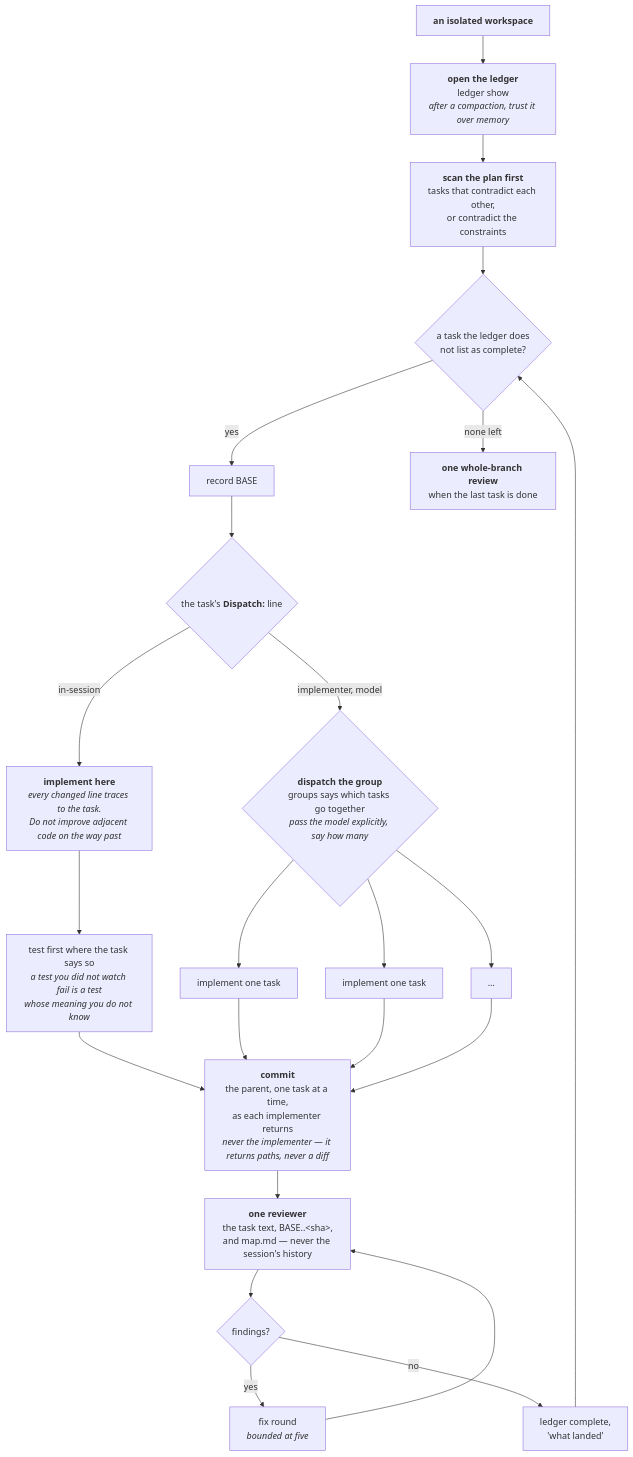
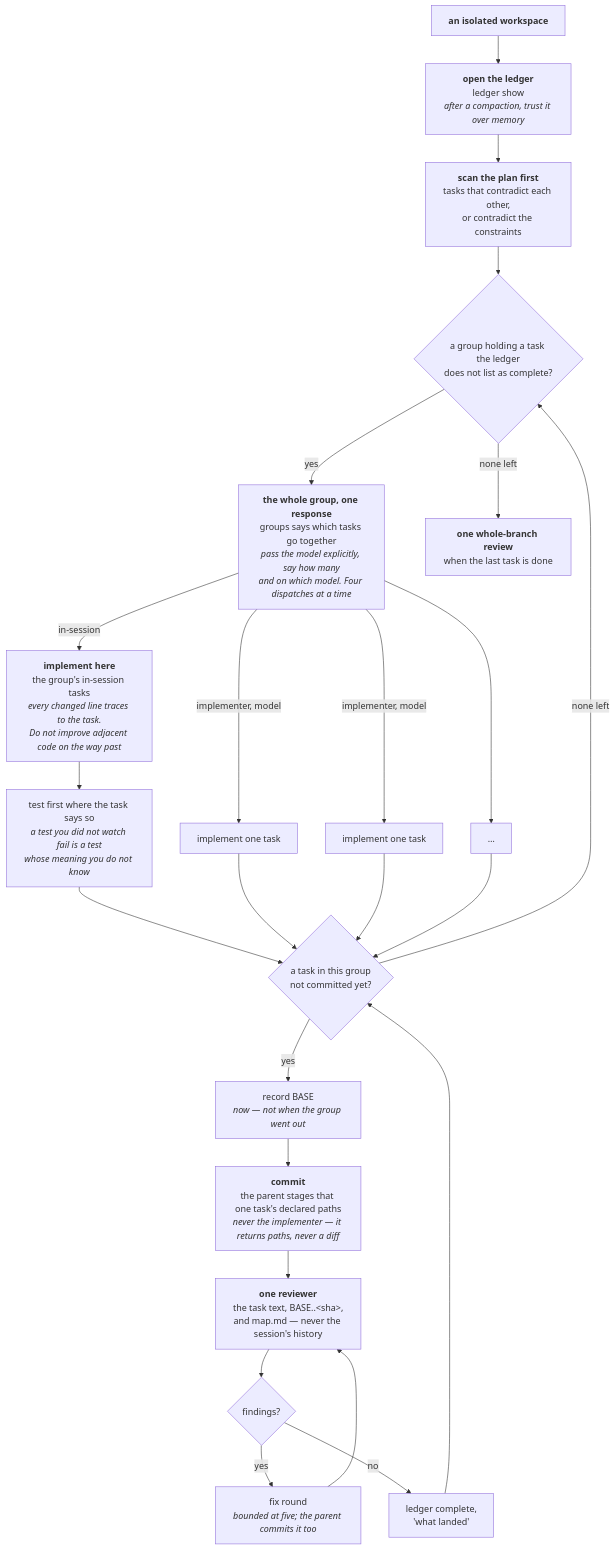
Before and after one commit to FanFantom9452/FanKeel: the fourth of 8 diagrams in docs/pipeline.md, drawn with Mermaid. The commit also changed 2 other files, not shown here.

Commit message:
fix: the flowchart that batched a group, and the group with no ceiling
Two the whole-branch review found, both of them one piece disagreeing with
another rather than anything a per-task review could see.

The build diagram fanned three implementers into one commit, one review and one
ledger line — the batching the design says the ledger's shape rules out. The fan
now rejoins a per-task loop: BASE, commit, review, complete, each once per task.

And groups emits a group of any size while four dispatches per response is still
the ceiling. It answers which tasks may go together, not how many to send, so a
group of six goes four then two, and a test says the cap does not belong there.

Claude-Session: https://claude.ai/code/session_01QnByHTCX17FTb9ZQX8daZw

````diff
--- a/docs/pipeline.md
+++ b/docs/pipeline.md
@@ -443,42 +443,43 @@
 ```mermaid
 flowchart TD
     S1["<b>an isolated workspace</b>"]
     S2["<b>open the ledger</b><br/>ledger show<br/><i>after a compaction, trust it over memory</i>"]
     S3["<b>scan the plan first</b><br/>tasks that contradict each other,<br/>or contradict the constraints"]
-    L{"a task the ledger does<br/>not list as complete?"}
-    T1["record BASE"]
-    T2{"the task's <b>Dispatch:</b> line"}
-    T2a["<b>implement here</b><br/><i>every changed line traces to the task.<br/>Do not improve adjacent code on the way past</i>"]
-    T2b{"<b>dispatch the group</b><br/>groups says which tasks go together<br/><i>pass the model explicitly, say how many</i>"}
+    L{"a group holding a task the ledger<br/>does not list as complete?"}
+    D["<b>the whole group, one response</b><br/>groups says which tasks go together<br/><i>pass the model explicitly, say how many<br/>and on which model. Four dispatches at a time</i>"]
+    T2a["<b>implement here</b><br/>the group's in-session tasks<br/><i>every changed line traces to the task.<br/>Do not improve adjacent code on the way past</i>"]
     T2b1["implement one task"]
     T2b2["implement one task"]
     T2b3["…"]
     T3["test first where the task says so<br/><i>a test you did not watch fail is a test<br/>whose meaning you do not know</i>"]
-    T4["<b>commit</b><br/>the parent, one task at a time,<br/>as each implementer returns<br/><i>never the implementer — it returns paths, never a diff</i>"]
+    E{"a task in this group<br/>not committed yet?"}
+    T1["record BASE<br/><i>now — not when the group went out</i>"]
+    T4["<b>commit</b><br/>the parent stages that one task's declared paths<br/><i>never the implementer — it returns paths, never a diff</i>"]
     T5["<b>one reviewer</b><br/>the task text, BASE..&lt;sha&gt;,<br/>and map.md — never the session's history"]
     T6{"findings?"}
-    T7["fix round<br/><i>bounded at five</i>"]
+    T7["fix round<br/><i>bounded at five; the parent commits it too</i>"]
     T8["ledger complete,<br/>'what landed'"]
     R["<b>one whole-branch review</b><br/>when the last task is done"]
 
     S1 --> S2 --> S3 --> L
-    L -- yes --> T1
-    T1 --> T2
-    T2 -- "in-session" --> T2a
-    T2 -- "implementer, model" --> T2b
+    L -- yes --> D
+    D -- "in-session" --> T2a
+    D -- "implementer, model" --> T2b1
+    D -- "implementer, model" --> T2b2
+    D --> T2b3
     T2a --> T3
-    T3 --> T4
-    T2b --> T2b1
-    T2b --> T2b2
-    T2b --> T2b3
-    T2b1 --> T4
-    T2b2 --> T4
-    T2b3 --> T4
+    T3 --> E
+    T2b1 --> E
+    T2b2 --> E
+    T2b3 --> E
+    E -- yes --> T1
+    T1 --> T4
     T4 --> T5
     T5 --> T6
     T6 -- yes --> T7
     T7 --> T5
     T6 -- no --> T8
-    T8 --> L
+    T8 --> E
+    E -- "none left" --> L
     L -- "none left" --> R
 ```
````
